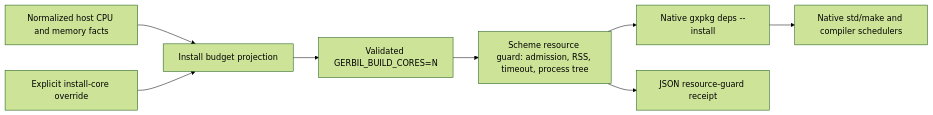
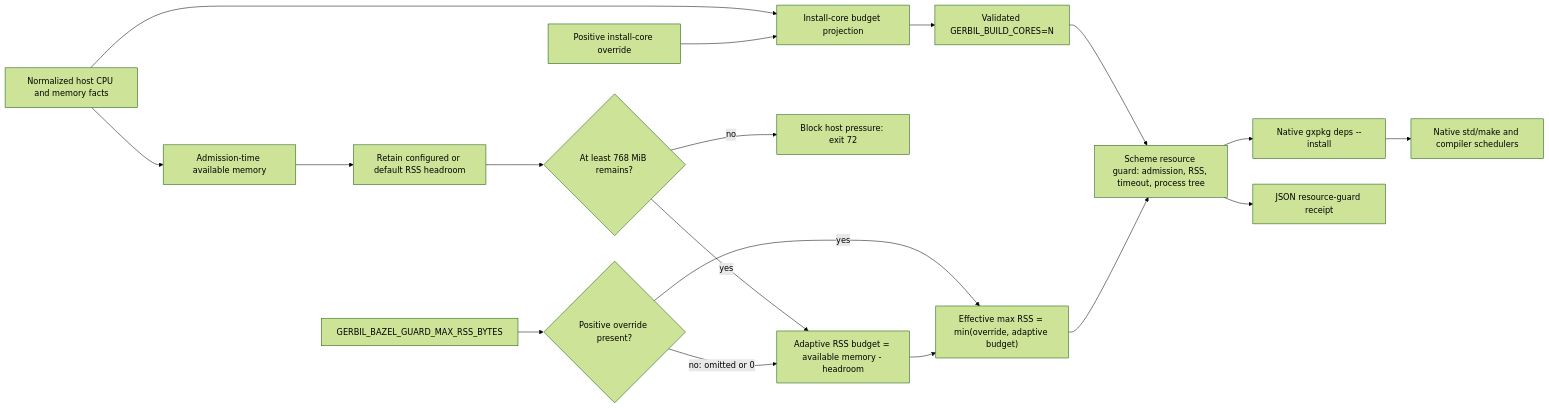
Before and after one commit to tao3k/gerbil-bazel: the third of 5 diagrams in docs/rfc/0005-upstream-native-build-ownership.org, drawn with Mermaid (forest theme). The commit also changed other lines of this file and 2 other files, not shown here.

Commit message:
fix: derive RSS guard budget from live availability (#22)

```diff
--- a/docs/rfc/0005-upstream-native-build-ownership.org
+++ b/docs/rfc/0005-upstream-native-build-ownership.org
@@ -146,10 +146,23 @@
 #+begin_src mermaid
 flowchart LR
-    H["Normalized host CPU and memory facts"] --> P["Install budget projection"]
-    E["Explicit install-core override"] --> P
+    H["Normalized host CPU and memory facts"] --> P["Install-core budget projection"]
+    E["Positive install-core override"] --> P
     P --> C["Validated GERBIL_BUILD_CORES=N"]
+
+    H --> A["Admission-time available memory"]
+    A --> B["Retain configured or default RSS headroom"]
+    B --> F{"At least 768 MiB remains?"}
+    F -->|"no"| Q["Block host pressure: exit 72"]
+    F -->|"yes"| D["Adaptive RSS budget = available memory - headroom"]
+
+    V["GERBIL_BAZEL_GUARD_MAX_RSS_BYTES"] --> O{"Positive override present?"}
+    O -->|"yes"| L["Effective max RSS = min(override, adaptive budget)"]
+    O -->|"no: omitted or 0"| D
+    D --> L
+
     C --> G["Scheme resource guard: admission, RSS, timeout, process tree"]
+    L --> G
     G --> X["Native gxpkg deps --install"]
     X --> M["Native std/make and compiler schedulers"]
     G --> R["JSON resource-guard receipt"]
 #+end_src
```
